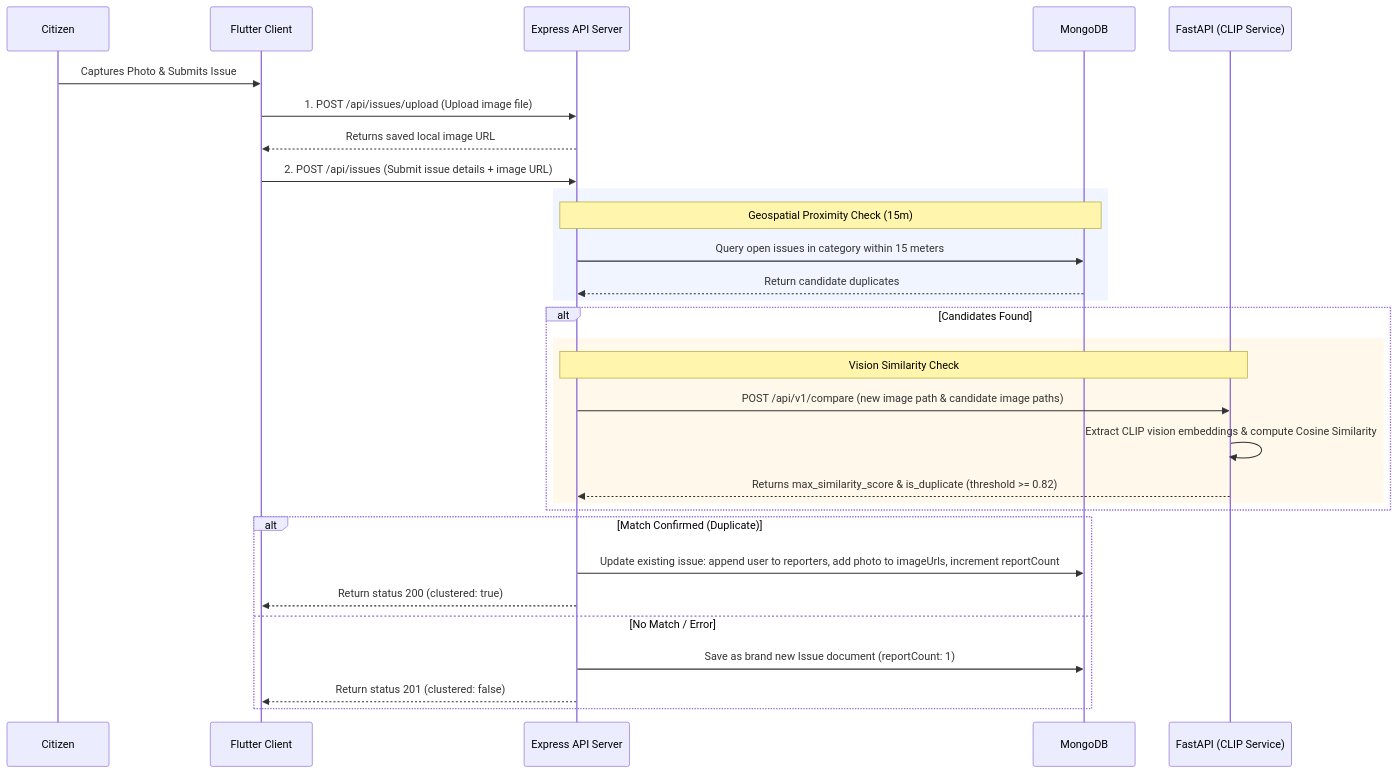
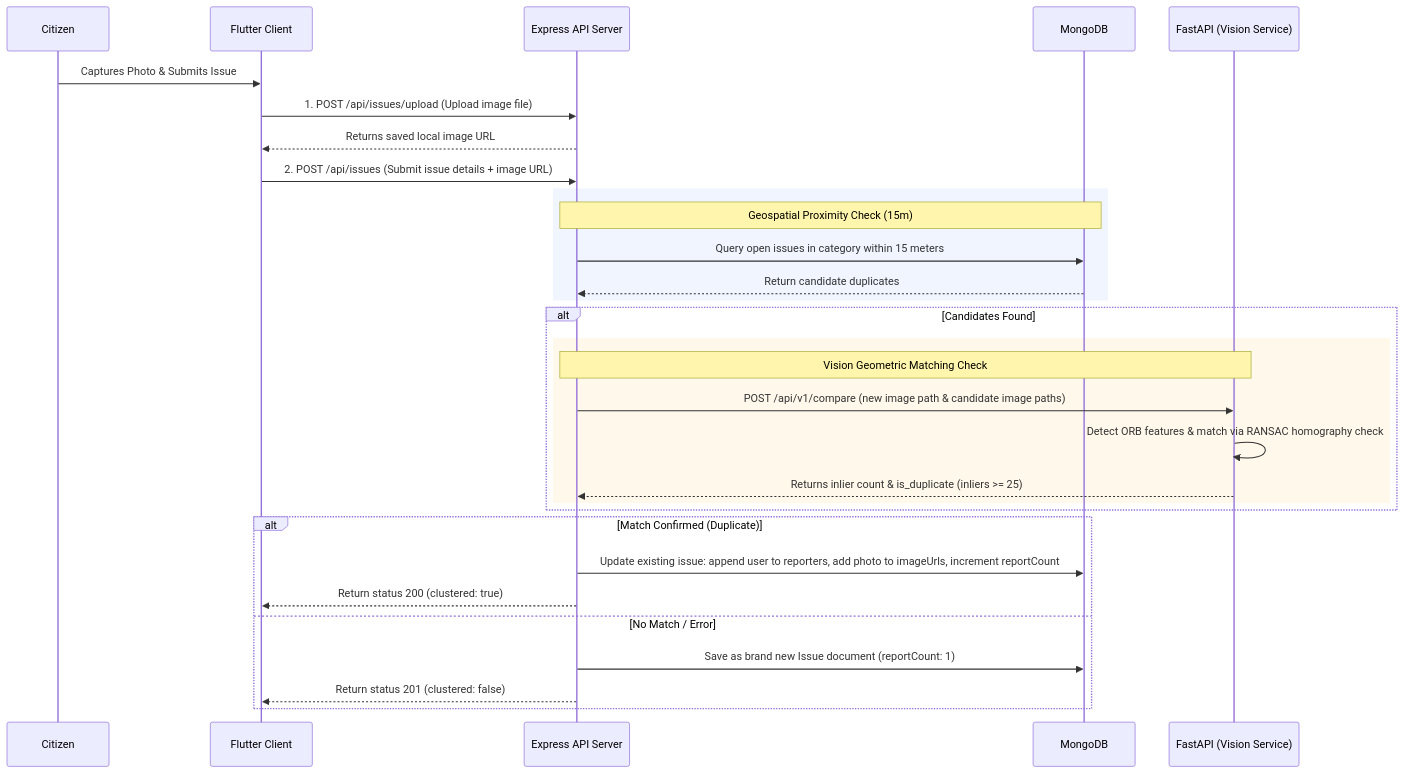
The diagram in docs/clustering_engine.md (Varunpatel586/Civic_Connect), drawn with Mermaid before and after one commit. The commit also changed other lines of this file and 18 other files, not shown here.

````diff
--- a/docs/clustering_engine.md
+++ b/docs/clustering_engine.md
@@ -11,36 +11,36 @@
 ```mermaid
 sequenceDiagram
     participant User as Citizen
     participant Client as Flutter Client
     participant Express as Express API Server
     participant DB as MongoDB
-    participant AI as FastAPI (CLIP Service)
+    participant AI as FastAPI (Vision Service)
 
     User->>Client: Captures Photo & Submits Issue
     Client->>Express: 1. POST /api/issues/upload (Upload image file)
     Express-->>Client: Returns saved local image URL
     Client->>Express: 2. POST /api/issues (Submit issue details + image URL)
     
     rect rgb(240, 245, 255)
         Note over Express,DB: Geospatial Proximity Check (15m)
         Express->>DB: Query open issues in category within 15 meters
         DB-->>Express: Return candidate duplicates
     end
 
     alt Candidates Found
         rect rgb(255, 248, 235)
-            Note over Express,AI: Vision Similarity Check
+            Note over Express,AI: Vision Geometric Matching Check
             Express->>AI: POST /api/v1/compare (new image path & candidate image paths)
-            AI->>AI: Extract CLIP vision embeddings & compute Cosine Similarity
-            AI-->>Express: Returns max_similarity_score & is_duplicate (threshold >= 0.82)
+            AI->>AI: Detect ORB features & match via RANSAC homography check
+            AI-->>Express: Returns inlier count & is_duplicate (inliers >= 25)
         end
     end
 
     alt Match Confirmed (Duplicate)
         Express->>DB: Update existing issue: append user to reporters, add photo to imageUrls, increment reportCount
         Express-->>Client: Return status 200 (clustered: true)
     else No Match / Error
         Express->>DB: Save as brand new Issue document (reportCount: 1)
         Express-->>Client: Return status 201 (clustered: false)
     end
 ```
````
